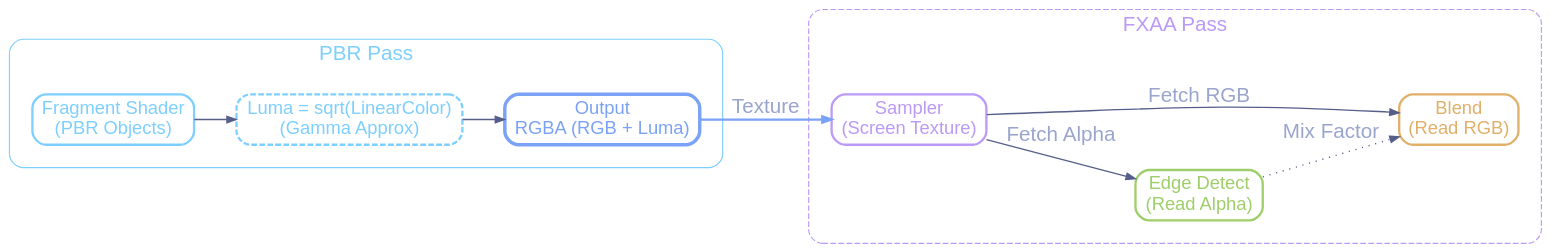
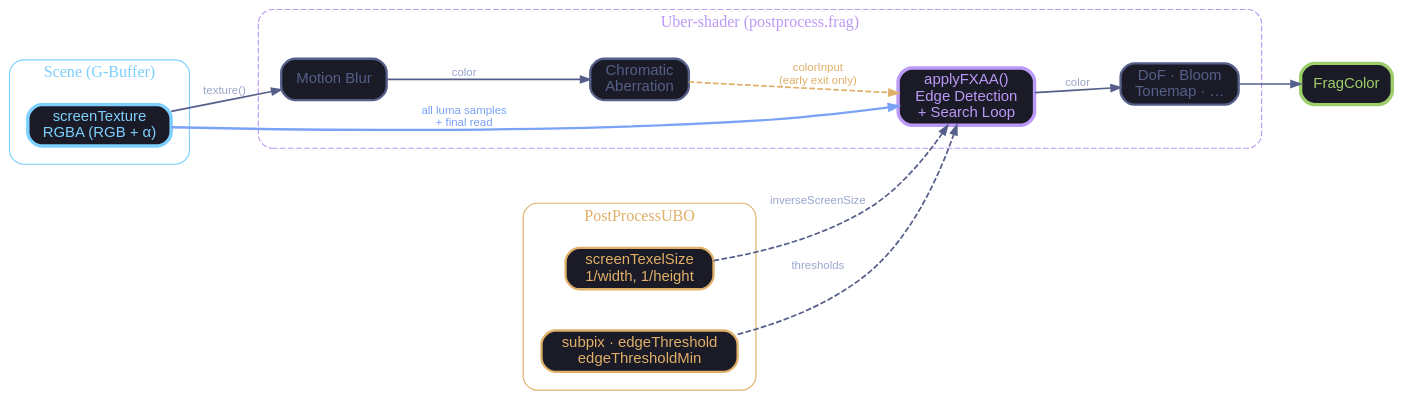
Before and after one commit to yoyonel/suckless-ogl: the second of 2 diagrams in docs/FXAA.md, drawn with Graphviz. The commit also changed other lines of this file and 89 other files, not shown here.

````diff
--- a/docs/FXAA.md
+++ b/docs/FXAA.md
@@ -26,63 +123,58 @@
 ```graphviz
-digraph FXAALuma {
-  rankdir=LR;
-  bgcolor="transparent";
-  pad="0.5";
-  nodesep=0.5;
-  ranksep=0.5;
+digraph FXAADataFlow {
+    rankdir=LR;
+    bgcolor="transparent";
+    pad="0.5";
+    nodesep=0.5;
+    ranksep=0.7;
+    compound=true;
 
-  // Suckless-Modern "Ghost" Design Tokens (Upscaled)
-  node [
-    shape=rect,
-    style="rounded",
-    fontname="Helvetica,Arial,sans-serif",
-    fontsize=16,
-    fillcolor="none",
-    color="#414868",
-    fontcolor="#c0caf5",
-    penwidth=2
-  ];
+    node [shape=rect, style="filled,rounded", fontname="Helvetica", fontsize=13,
+          fillcolor="#24283b", color="#414868", fontcolor="#c0caf5", penwidth=2];
+    edge [color="#565f89", fontname="Helvetica", fontsize=10, fontcolor="#9aa5ce",
+          arrowsize=0.8, penwidth=1.5];
 
-  edge [
-    color="#565f89",
-    fontname="Helvetica,Arial,sans-serif",
-    fontsize=18,
-    fontcolor="#9aa5ce",
-    arrowsize=0.8,
-    penwidth=1.2
-  ];
+    subgraph cluster_scene {
+        label="Scene (G-Buffer)";
+        fontname="Helvetica Bold"; fontsize=14; fontcolor="#7dcfff";
+        style="rounded"; color="#7dcfff"; margin=16;
 
-  subgraph cluster_pbr {
-    label="PBR Pass";
-    fontname="Helvetica Bold,Arial,sans-serif";
-    fontsize=18;
-    fontcolor="#7dcfff";
-    style="rounded";
-    color="#7dcfff";
-    margin=20;
-    FragShader [label="Fragment Shader\n(PBR Objects)", color="#7dcfff", fontcolor="#7dcfff"];
-    Calc [label="Luma = sqrt(LinearColor)\n(Gamma Approx)", color="#7dcfff", fontcolor="#7dcfff", style="rounded,dashed"];
-    Output [label="Output\nRGBA (RGB + Luma)", color="#7aa2f7", fontcolor="#7aa2f7", penwidth=3];
-  }
+        SceneTex [label="screenTexture\nRGBA (RGB + α)",
+                  fillcolor="#1a1b26", color="#7dcfff", fontcolor="#7dcfff", penwidth=3];
+    }
 
-  subgraph cluster_fxaa {
-    label="FXAA Pass";
-    fontname="Helvetica Bold,Arial,sans-serif";
-    fontsize=18;
-    fontcolor="#bb9af7";
-    style="rounded,dashed";
-    color="#bb9af7";
-    margin=20;
-    Input [label="Sampler\n(Screen Texture)", color="#bb9af7", fontcolor="#bb9af7"];
-    EdgeDetect [label="Edge Detect\n(Read Alpha)", color="#9ece6a", fontcolor="#9ece6a"];
-    Blend [label="Blend\n(Read RGB)", color="#e0af68", fontcolor="#e0af68"];
-  }
+    subgraph cluster_ubo {
+        label="PostProcessUBO";
+        fontname="Helvetica Bold"; fontsize=14; fontcolor="#e0af68";
+        style="rounded"; color="#e0af68"; margin=16;
 
-  FragShader -> Calc;
-  Calc -> Output;
-  Output -> Input [label="Texture", color="#7aa2f7", penwidth=2];
-  Input -> EdgeDetect [label="Fetch Alpha"];
-  Input -> Blend [label="Fetch RGB"];
-  EdgeDetect -> Blend [label="Mix Factor", style=dotted];
+        TexelSize [label="screenTexelSize\n1/width, 1/height",
+                   fillcolor="#1a1b26", color="#e0af68", fontcolor="#e0af68"];
+        Params [label="subpix · edgeThreshold\nedgeThresholdMin",
+                fillcolor="#1a1b26", color="#e0af68", fontcolor="#e0af68"];
+    }
+
+    subgraph cluster_uber {
+        label="Uber-shader (postprocess.frag)";
+        fontname="Helvetica Bold"; fontsize=14; fontcolor="#bb9af7";
+        style="rounded,dashed"; color="#bb9af7"; margin=20;
+
+        MB [label="Motion Blur", fillcolor="#1a1b26", color="#565f89", fontcolor="#565f89"];
+        CA [label="Chromatic\nAberration", fillcolor="#1a1b26", color="#565f89", fontcolor="#565f89"];
+        FXAA [label="applyFXAA()\nEdge Detection\n+ Search Loop",
+              fillcolor="#1a1b26", color="#bb9af7", fontcolor="#bb9af7", penwidth=3];
+        Rest [label="DoF · Bloom\nTonemap · …", fillcolor="#1a1b26", color="#565f89", fontcolor="#565f89"];
+    }
+
+    Output [label="FragColor", fillcolor="#1a1b26", color="#9ece6a", fontcolor="#9ece6a", penwidth=3];
+
+    SceneTex -> MB [label="texture()"];
+    MB -> CA [label="color"];
+    CA -> FXAA [label="colorInput\n(early exit only)", style=dashed, color="#e0af68", fontcolor="#e0af68"];
+    SceneTex -> FXAA [label="all luma samples\n+ final read", color="#7aa2f7", fontcolor="#7aa2f7", penwidth=2];
+    TexelSize -> FXAA [label="inverseScreenSize", style=dashed];
+    Params -> FXAA [label="thresholds", style=dashed];
+    FXAA -> Rest [label="color"];
+    Rest -> Output;
 }
 ```
````
